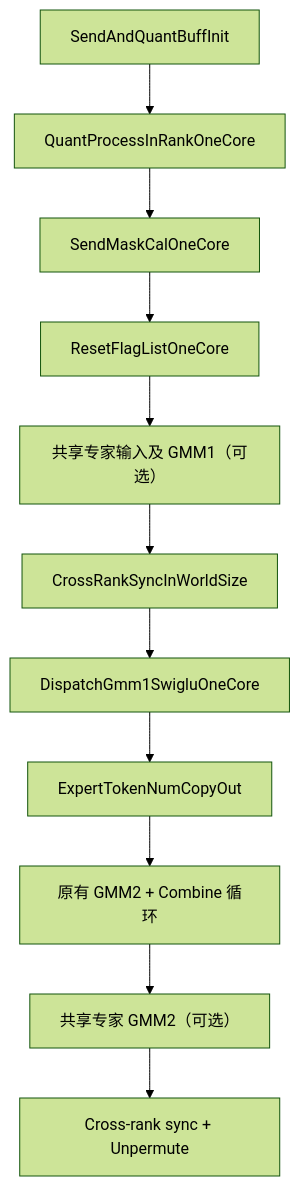
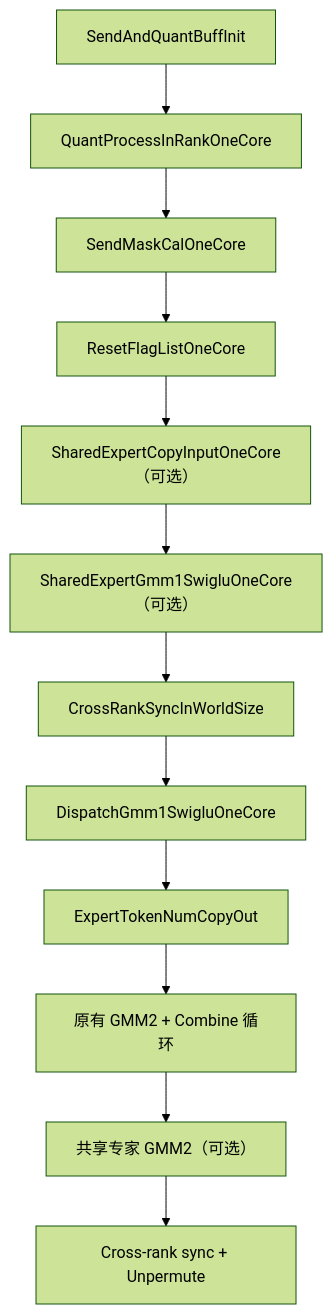
The first of 2 diagrams in mega_moe_single_core_refactor_pr.md (ChunnX/ops-transformer), drawn with Mermaid (forest theme) before and after one commit. The commit also changed other lines of this file and 4 other files, not shown here.

````diff
--- a/mega_moe_single_core_refactor_pr.md
+++ b/mega_moe_single_core_refactor_pr.md
@@ -53,13 +53,14 @@
 ```mermaid
 flowchart TD
     A["SendAndQuantBuffInit"] --> B["QuantProcessInRankOneCore"]
     B --> C["SendMaskCalOneCore"]
     C --> D["ResetFlagListOneCore"]
-    D --> E["共享专家输入及 GMM1（可选）"]
-    E --> F["CrossRankSyncInWorldSize"]
-    F --> G["DispatchGmm1SwigluOneCore"]
-    G --> H["ExpertTokenNumCopyOut"]
-    H --> I["原有 GMM2 + Combine 循环"]
-    I --> J["共享专家 GMM2（可选）"]
-    J --> K["Cross-rank sync + Unpermute"]
+    D --> E["SharedExpertCopyInputOneCore（可选）"]
+    E --> F["SharedExpertGmm1SwigluOneCore（可选）"]
+    F --> G["CrossRankSyncInWorldSize"]
+    G --> H["DispatchGmm1SwigluOneCore"]
+    H --> I["ExpertTokenNumCopyOut"]
+    I --> J["原有 GMM2 + Combine 循环"]
+    J --> K["共享专家 GMM2（可选）"]
+    K --> L["Cross-rank sync + Unpermute"]
 ```
````
